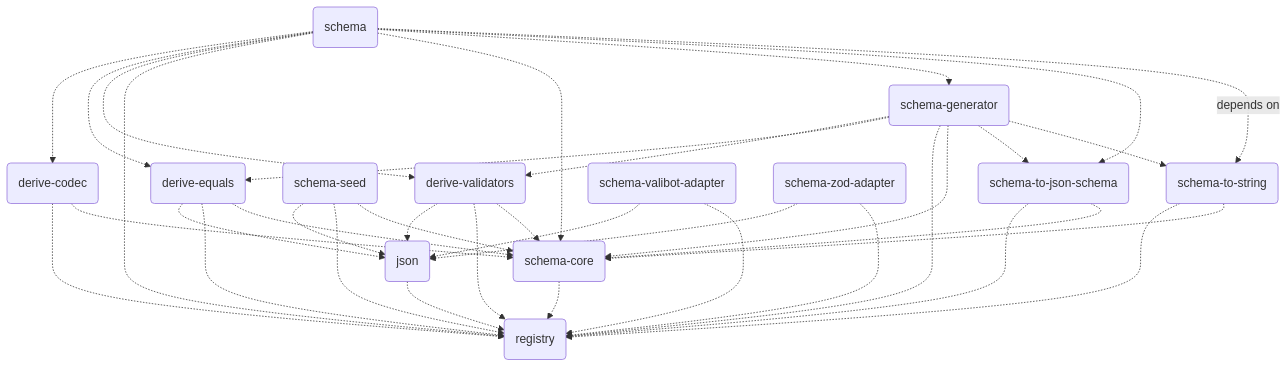
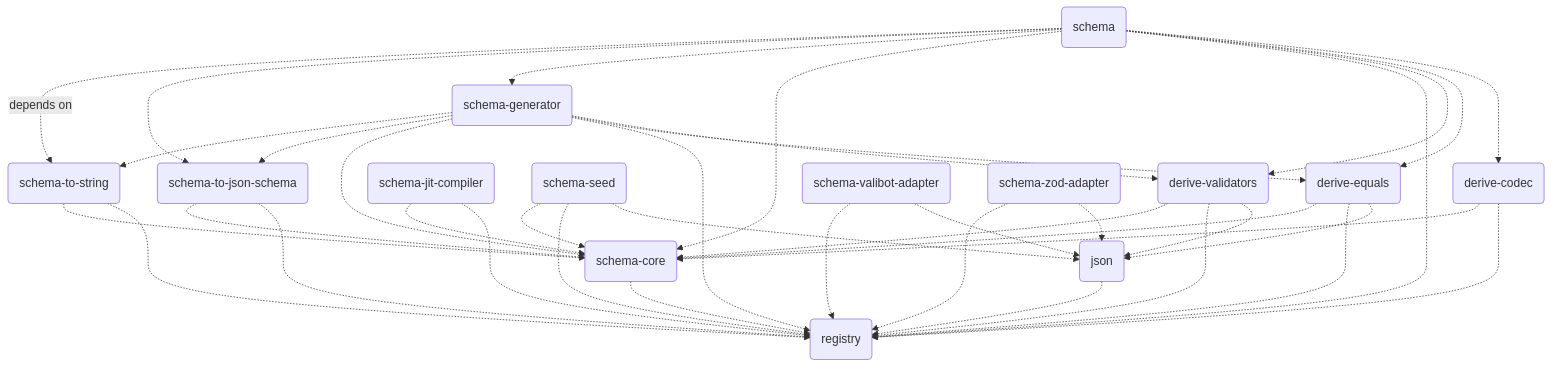
The diagram in README.md (traversable/schema), drawn with Mermaid before and after one commit. The commit also changed 40 other files, not shown here.

````diff
--- a/README.md
+++ b/README.md
@@ -382,39 +382,41 @@
 ```mermaid
 flowchart TD
     registry(registry)
     json(json) -.-> registry(registry)
     schema-core(schema-core) -.-> registry(registry)
     derive-codec(derive-codec) -.-> registry(registry)
     derive-codec(derive-codec) -.-> schema-core(schema-core)
     derive-equals(derive-equals) -.-> json(json)
     derive-equals(derive-equals) -.-> registry(registry)
     derive-equals(derive-equals) -.-> schema-core(schema-core)
     derive-validators(derive-validators) -.-> json(json)
     derive-validators(derive-validators) -.-> registry(registry)
     derive-validators(derive-validators) -.-> schema-core(schema-core)
+    schema-jit-compiler(schema-jit-compiler) -.-> registry(registry)
+    schema-jit-compiler(schema-jit-compiler) -.-> schema-core(schema-core)
     schema-seed(schema-seed) -.-> json(json)
     schema-seed(schema-seed) -.-> registry(registry)
     schema-seed(schema-seed) -.-> schema-core(schema-core)
     schema-to-json-schema(schema-to-json-schema) -.-> registry(registry)
     schema-to-json-schema(schema-to-json-schema) -.-> schema-core(schema-core)
     schema-to-string(schema-to-string) -.-> registry(registry)
     schema-to-string(schema-to-string) -.-> schema-core(schema-core)
     schema-valibot-adapter(schema-valibot-adapter) -.-> json(json)
     schema-valibot-adapter(schema-valibot-adapter) -.-> registry(registry)
     schema-zod-adapter(schema-zod-adapter) -.-> json(json)
     schema-zod-adapter(schema-zod-adapter) -.-> registry(registry)
     schema-generator(schema-generator) -.-> derive-validators(derive-validators)
     schema-generator(schema-generator) -.-> derive-equals(derive-equals)
     schema-generator(schema-generator) -.-> registry(registry)
     schema-generator(schema-generator) -.-> schema-core(schema-core)
     schema-generator(schema-generator) -.-> schema-to-json-schema(schema-to-json-schema)
     schema-generator(schema-generator) -.-> schema-to-string(schema-to-string)
     schema(schema) -.-> derive-codec(derive-codec)
     schema(schema) -.-> derive-equals(derive-equals)
     schema(schema) -.-> derive-validators(derive-validators)
     schema(schema) -.-> registry(registry)
     schema(schema) -.-> schema-core(schema-core)
     schema(schema) -.-> schema-generator(schema-generator)
     schema(schema) -.-> schema-to-json-schema(schema-to-json-schema)
     schema(schema) -.depends on.-> schema-to-string(schema-to-string)
 ```
````
